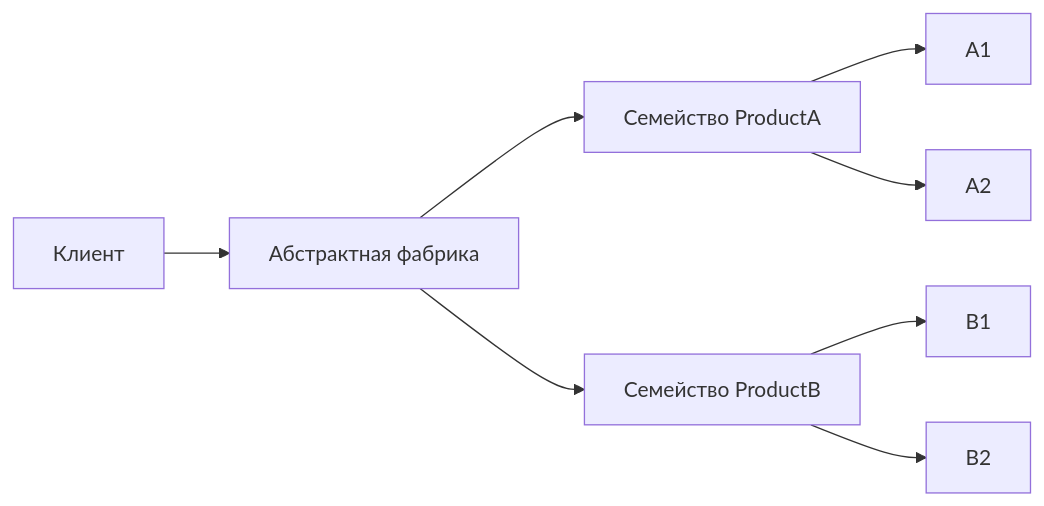
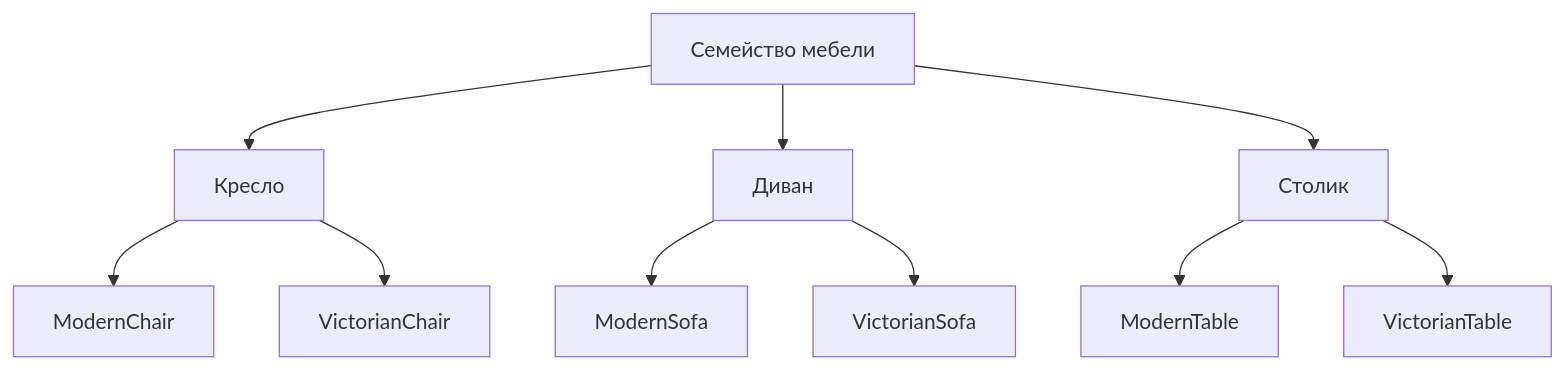
The fifth of 15 diagrams in lectures/Lec4/vitepress.md (Kert0n/KPO), drawn with Mermaid before and after one commit. The commit also changed other lines of this file and 3 other files, not shown here.

````diff
--- a/lectures/Lec4/vitepress.md
+++ b/lectures/Lec4/vitepress.md
@@ -473,10 +460,14 @@
 ```mermaid
-flowchart LR
-    Client[Клиент] --> AbstractFactory[Абстрактная фабрика]
-    AbstractFactory --> ProductA[Семейство ProductA]
-    AbstractFactory --> ProductB[Семейство ProductB]
-    ProductA --> Variant1[A1]
-    ProductA --> Variant2[A2]
-    ProductB --> Variant3[B1]
-    ProductB --> Variant4[B2]
+flowchart TD
+  Family[Семейство мебели] --> Chair[Кресло]
+  Family --> Sofa[Диван]
+  Family --> Table[Столик]
+
+  Chair --> ModernChair[ModernChair]
+  Sofa --> ModernSofa[ModernSofa]
+  Table --> ModernTable[ModernTable]
+
+  Chair --> VictorianChair[VictorianChair]
+  Sofa --> VictorianSofa[VictorianSofa]
+  Table --> VictorianTable[VictorianTable]
 ```
````
